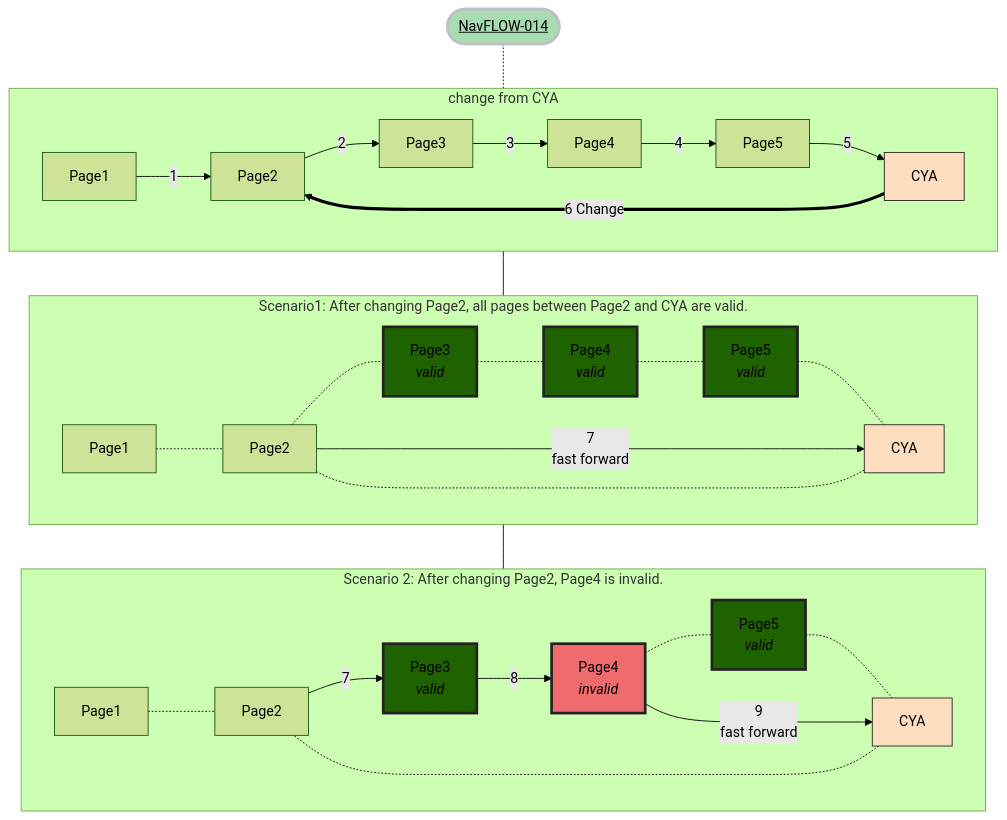
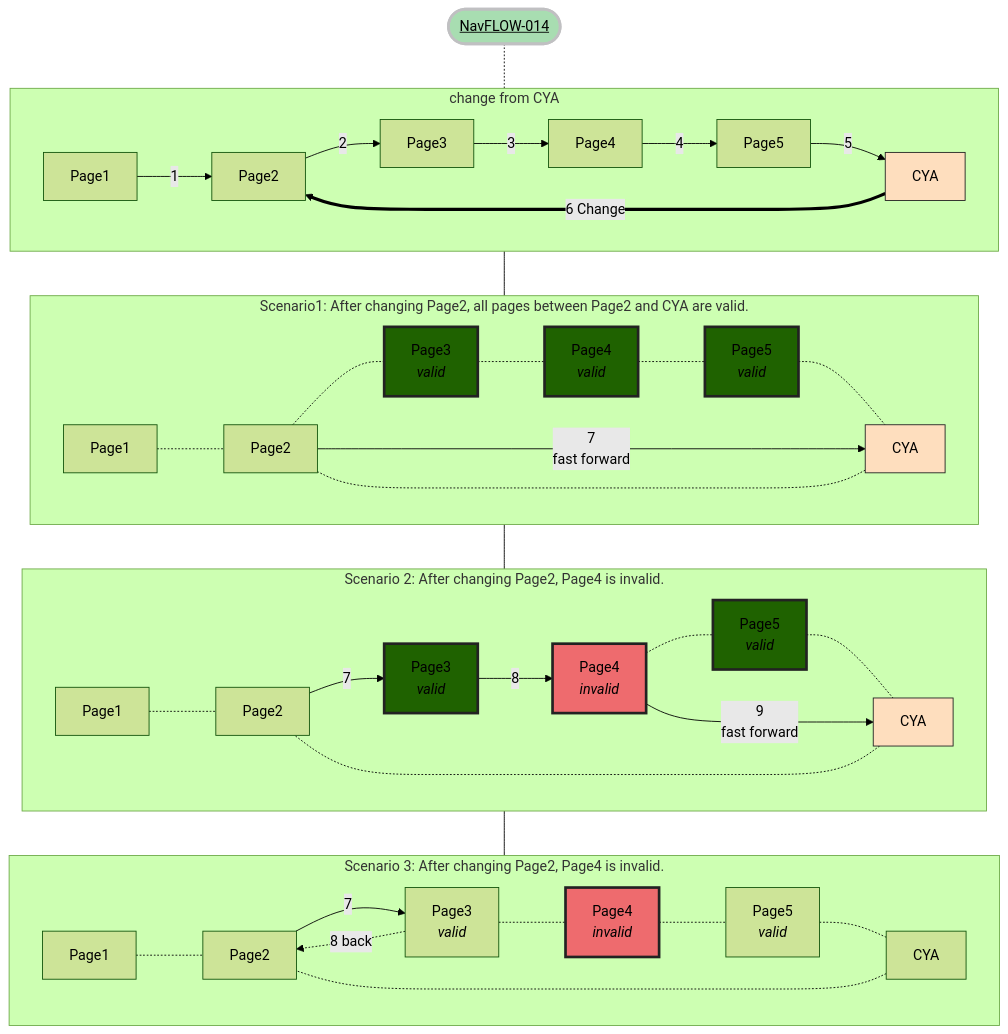
Diagram 14 of 20 in Navigation.md (hmrc/gform-frontend), drawn with Mermaid before and after one commit. The commit also changed other lines of this file, not shown here.

````diff
--- a/Navigation.md
+++ b/Navigation.md
@@ -447,9 +447,27 @@
     CYA2   -.- Page22
     Page42 --> |9 <br>fast forward| CYA2
 end
+subgraph scenario3["Scenario 3: After changing Page2, Page4 is invalid."]
+    direction LR
+    Page13["Page1"]
+    Page23["Page2"]
+    Page33["Page3<br><i>valid"]
+    Page43["Page4<br><i>invalid"]
+    Page53["Page5"<br><i>valid]
+    CYA3["CYA"]
+    Page13 -.-  Page23
+    Page23 --> |7| Page33
+    Page33 -.8 back.-> Page23
+    Page33 -.-  Page43
+    Page43 -.- Page53
+    Page53 -.- CYA3
+    CYA3   -.- Page23
+
+end
  title -.- top
  top --- scenario1
  scenario1 --- scenario2
+ scenario2 --- scenario3
 
     classDef orange fill:#fedebe,stroke:#222,stroke-width:1px
     classDef orangeCYA fill:#ffaf42,stroke:#222,stroke-width:2px
@@ -461,11 +479,10 @@
     class Page32 valid
     class Page52 valid
     class Page42 invalid
+    class Page43 invalid
     class CYA orange
     class CYA1 orange
     class CYA2 orange
     classDef greenTitle fill:#a8ddb1 ,stroke:#c0c0c2,stroke-width:3px
     class title greenTitle
-
-
 ```
````
